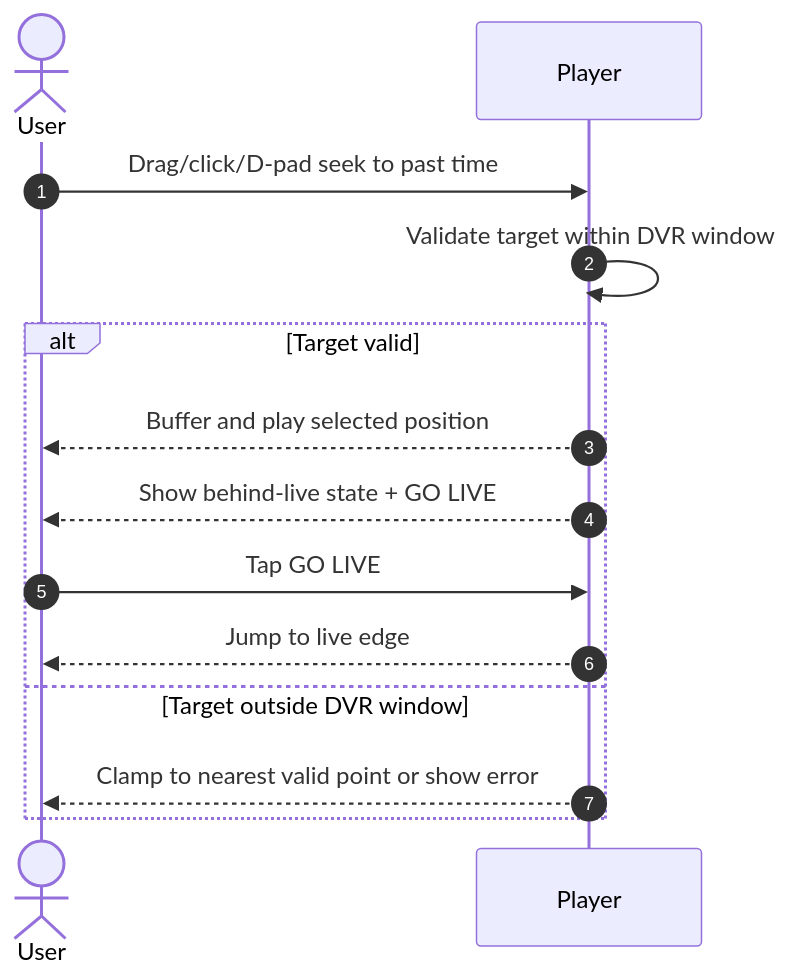
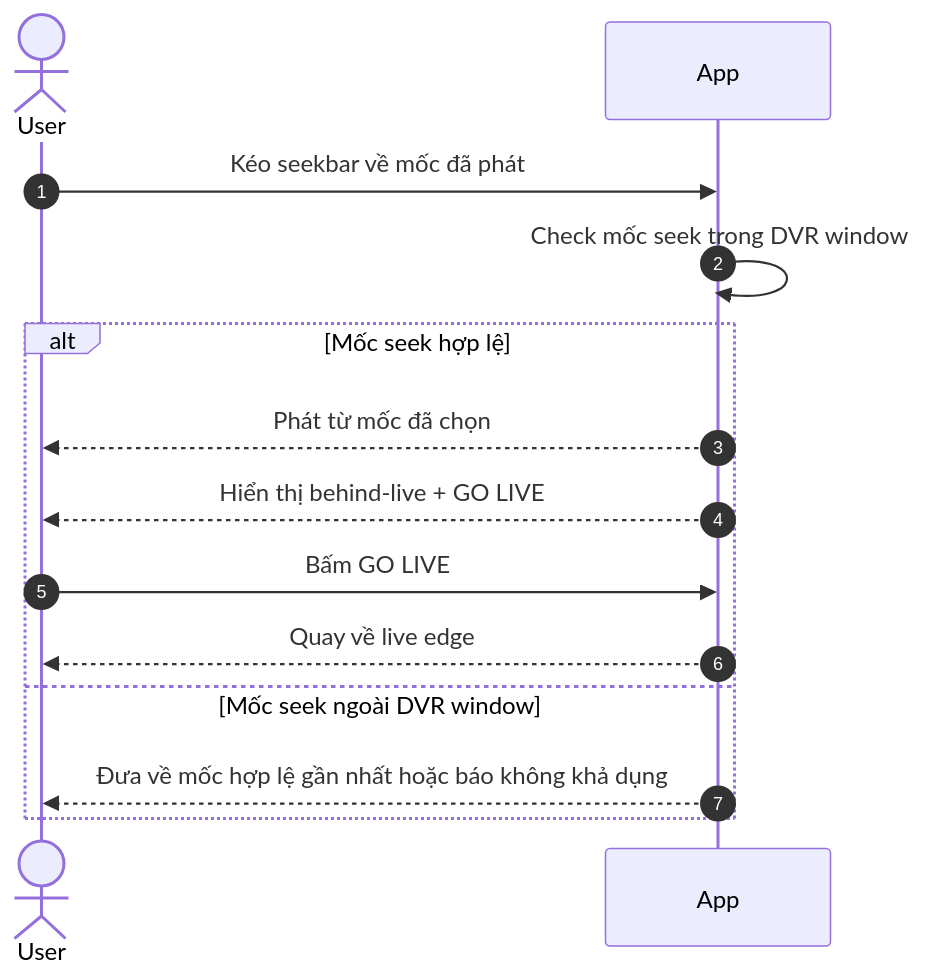
One commit to duongdang1136/FPTPLay changed the second of 5 diagrams in features/final-docs/Event/Timeshift-Seek/timeshift-seek-functional-requirements.md. Above: the diagram before and after it, drawn with Mermaid. The commit also changed other lines of this file and 5 other files, not shown here.

````diff
--- a/features/final-docs/Event/Timeshift-Seek/timeshift-seek-functional-requirements.md
+++ b/features/final-docs/Event/Timeshift-Seek/timeshift-seek-functional-requirements.md
@@ -234,18 +242,19 @@
 ```mermaid
 sequenceDiagram
     autonumber
-    actor User
-    participant Player
 
-    User->>Player: Drag/click/D-pad seek to past time
-    Player->>Player: Validate target within DVR window
+    actor User as User
+    participant App
 
-    alt Target valid
-        Player-->>User: Buffer and play selected position
-        Player-->>User: Show behind-live state + GO LIVE
-        User->>Player: Tap GO LIVE
-        Player-->>User: Jump to live edge
-    else Target outside DVR window
-        Player-->>User: Clamp to nearest valid point or show error
+    User->>App: Kéo seekbar về mốc đã phát
+    App->>App: Check mốc seek trong DVR window
+
+    alt Mốc seek hợp lệ
+        App-->>User: Phát từ mốc đã chọn
+        App-->>User: Hiển thị behind-live + GO LIVE
+        User->>App: Bấm GO LIVE
+        App-->>User: Quay về live edge
+    else Mốc seek ngoài DVR window
+        App-->>User: Đưa về mốc hợp lệ gần nhất hoặc báo không khả dụng
     end
 ```
````
